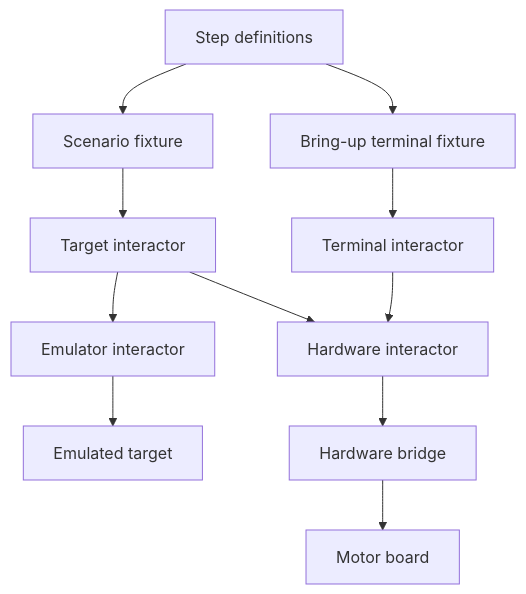
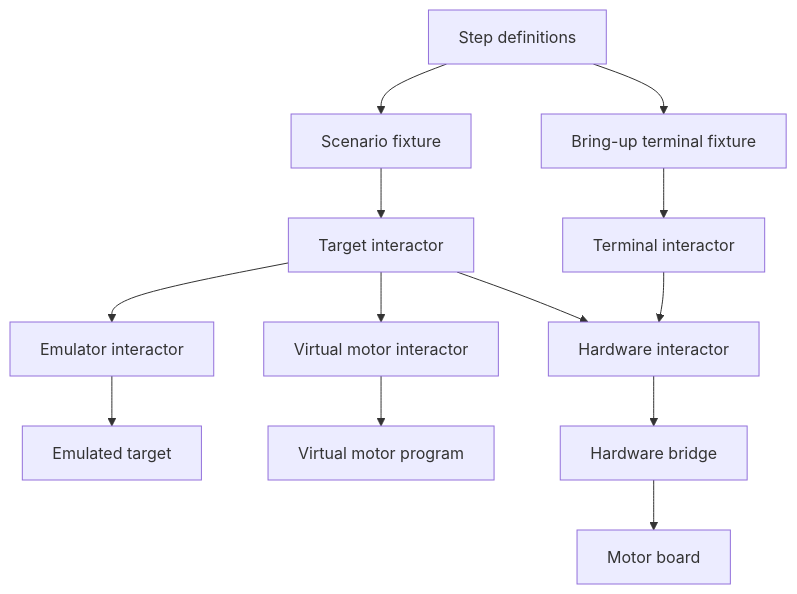
One commit to embedded-pro/e-foc changed the first of 3 diagrams in documentation/design/integration-testing.md. Above: the diagram before and after it, drawn with Mermaid. The commit also changed other lines of this file and 10 other files, not shown here.

First line of the commit message:
test(virtual_motor): run a small set of scenarios against virtual motors in CI

````diff
--- a/documentation/design/integration-testing.md
+++ b/documentation/design/integration-testing.md
@@ -83,13 +84,15 @@
 ```mermaid
 graph TD
     STEPS["Step definitions"] --> FIXTURE["Scenario fixture"]
     STEPS --> TFIXTURE["Bring-up terminal fixture"]
     FIXTURE --> SEAM["Target interactor"]
     TFIXTURE --> TSEAM["Terminal interactor"]
     SEAM --> SIL["Emulator interactor"]
     SEAM --> HIL["Hardware interactor"]
+    SEAM --> VIRTUAL["Virtual motor interactor"]
     TSEAM --> HIL
     SIL --> QEMU["Emulated target"]
+    VIRTUAL --> MOTOR["Virtual motor program"]
     HIL --> BRIDGE["Hardware bridge"]
     BRIDGE --> BOARD["Motor board"]
 ```
````
